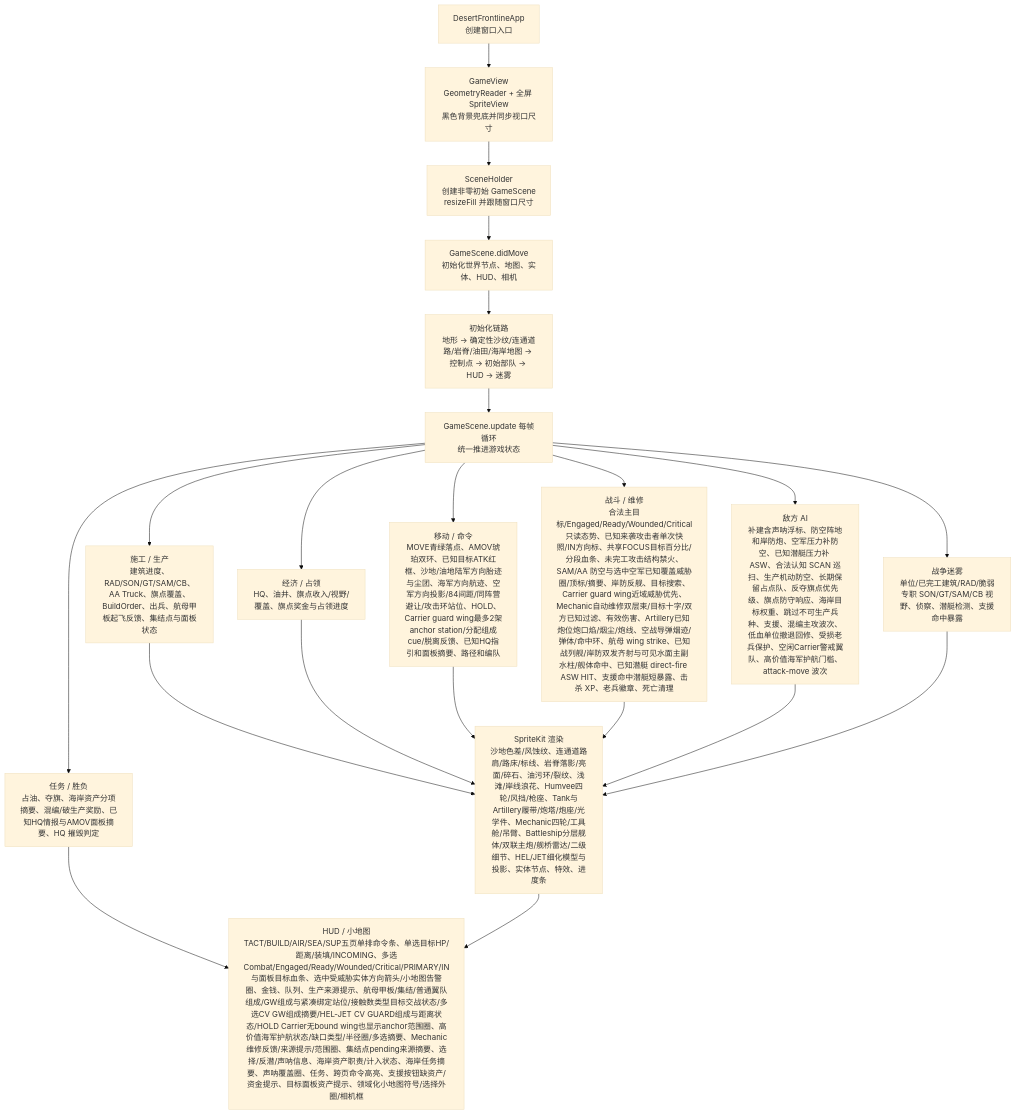
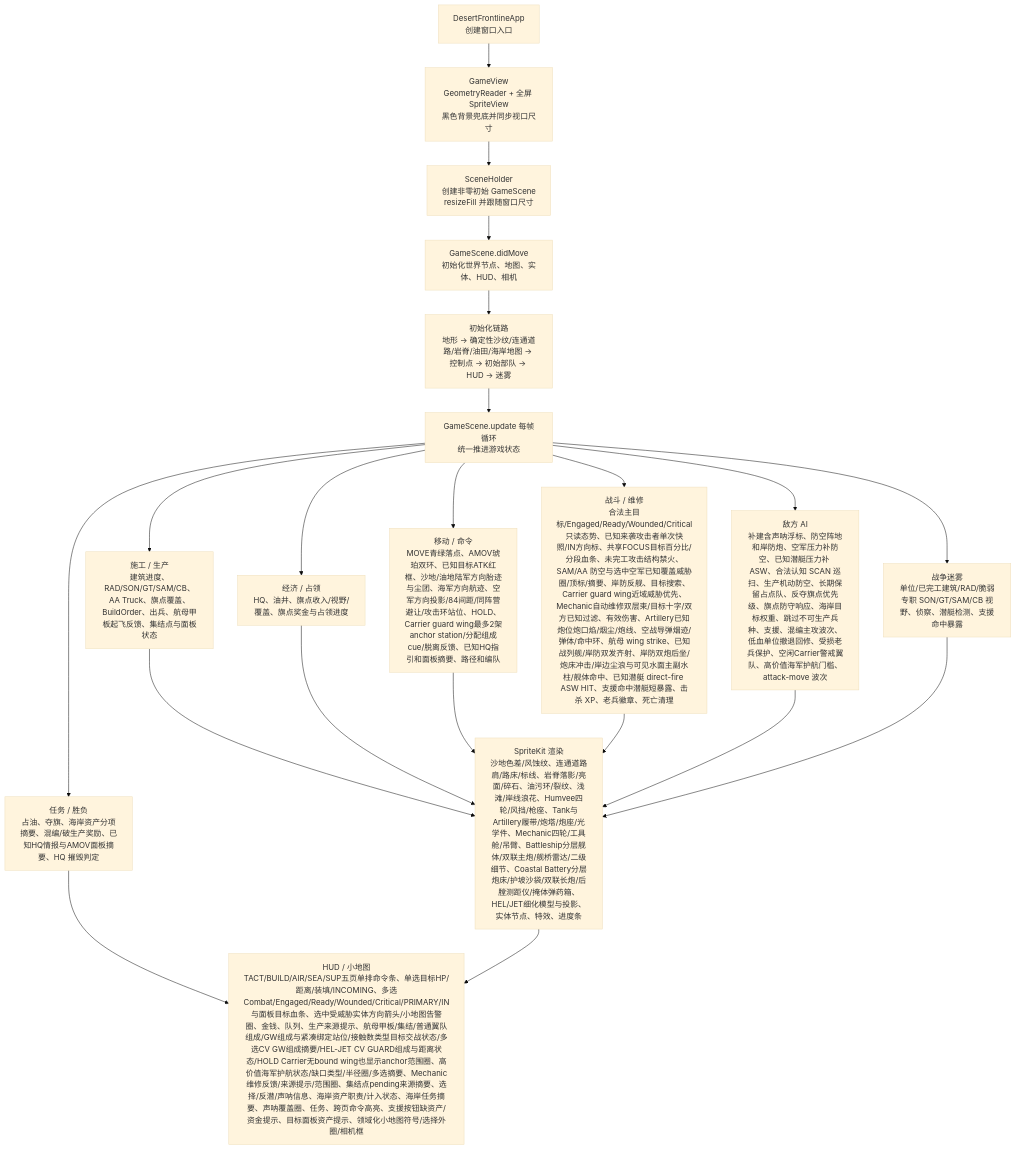
Before and after one commit to Altman-sam114/1145: the first of 3 diagrams in md/flow/flowchart.md, drawn with Mermaid (base theme). The commit also changed other lines of this file and 6 other files, not shown here.

````diff
--- a/md/flow/flowchart.md
+++ b/md/flow/flowchart.md
@@ -9,23 +9,23 @@
 ```mermaid
 flowchart TD
   App["DesertFrontlineApp\n创建窗口入口"] --> View["GameView\nGeometryReader + 全屏 SpriteView\n黑色背景兜底并同步视口尺寸"]
   View --> Holder["SceneHolder\n创建非零初始 GameScene\nresizeFill 并跟随窗口尺寸"]
   Holder --> Scene["GameScene.didMove\n初始化世界节点、地图、实体、HUD、相机"]
   Scene --> Init["初始化链路\n地形 -> 确定性沙纹/连通道路/岩脊/油田/海岸地图 -> 控制点 -> 初始部队 -> HUD -> 迷雾"]
   Init --> Loop["GameScene.update 每帧循环\n统一推进游戏状态"]
   Loop --> Build["施工 / 生产\n建筑进度、RAD/SON/GT/SAM/CB、AA Truck、旗点覆盖、BuildOrder、出兵、航母甲板起飞反馈、集结点与面板状态"]
   Loop --> Economy["经济 / 占领\nHQ、油井、旗点收入/视野/覆盖、旗点奖金与占领进度"]
   Loop --> Commands["移动 / 命令\nMOVE青绿落点、AMOV琥珀双环、已知目标ATK红框、沙地/油地陆军方向胎迹与尘团、海军方向航迹、空军方向投影/84间距/同阵营避让/攻击环站位、HOLD、Carrier guard wing最多2架anchor station/分配组成cue/脱离反馈、已知HQ指引和面板摘要、路径和编队"]
-  Loop --> Combat["战斗 / 维修\n合法主目标/Engaged/Ready/Wounded/Critical只读态势、已知来袭攻击者单次快照/IN方向标、共享FOCUS目标百分比/分段血条、未完工攻击结构禁火、SAM/AA 防空与选中空军已知覆盖威胁圈/顶标/摘要、岸防反舰、目标搜索、Carrier guard wing近域威胁优先、Mechanic自动维修双层束/目标十字/双方已知过滤、有效伤害、Artillery已知炮位炮口焰/烟尘/炮线、空战导弹烟迹/弹体/命中环、航母 wing strike、已知战列舰/岸防双发齐射与可见水面主副水柱/舰体命中、已知潜艇 direct-fire ASW HIT、支援命中潜艇短暴露、击杀 XP、老兵徽章、死亡清理"]
+  Loop --> Combat["战斗 / 维修\n合法主目标/Engaged/Ready/Wounded/Critical只读态势、已知来袭攻击者单次快照/IN方向标、共享FOCUS目标百分比/分段血条、未完工攻击结构禁火、SAM/AA 防空与选中空军已知覆盖威胁圈/顶标/摘要、岸防反舰、目标搜索、Carrier guard wing近域威胁优先、Mechanic自动维修双层束/目标十字/双方已知过滤、有效伤害、Artillery已知炮位炮口焰/烟尘/炮线、空战导弹烟迹/弹体/命中环、航母 wing strike、已知战列舰/岸防双发齐射、岸防双炮后坐/炮床冲击/岸边尘浪与可见水面主副水柱/舰体命中、已知潜艇 direct-fire ASW HIT、支援命中潜艇短暴露、击杀 XP、老兵徽章、死亡清理"]
   Loop --> AI["敌方 AI\n补建含声呐浮标、防空阵地和岸防炮、空军压力补防空、已知潜艇压力补 ASW、合法认知 SCAN 巡扫、生产机动防空、长期保留占点队、反夺旗点优先级、旗点防守响应、海岸目标权重、跳过不可生产兵种、支援、混编主攻波次、低血单位撤退回修、受损老兵保护、空闲Carrier警戒翼队、高价值海军护航门槛、attack-move 波次"]
   Loop --> Fog["战争迷雾\n单位/已完工建筑/RAD/脆弱专职 SON/GT/SAM/CB 视野、侦察、潜艇检测、支援命中暴露"]
   Loop --> Mission["任务 / 胜负\n占油、夺旗、海岸资产分项摘要、混编/破生产奖励、已知HQ情报与AMOV面板摘要、HQ 摧毁判定"]
-  Build --> Render["SpriteKit 渲染\n沙地色差/风蚀纹、连通道路肩/路床/标线、岩脊落影/亮面/碎石、油污环/裂纹、浅滩/岸线浪花、Humvee四轮/风挡/枪座、Tank与Artillery履带/炮塔/炮座/光学件、Mechanic四轮/工具舱/吊臂、Battleship分层舰体/双联主炮/舰桥雷达/二级细节、HEL/JET细化模型与投影、实体节点、特效、进度条"]
+  Build --> Render["SpriteKit 渲染\n沙地色差/风蚀纹、连通道路肩/路床/标线、岩脊落影/亮面/碎石、油污环/裂纹、浅滩/岸线浪花、Humvee四轮/风挡/枪座、Tank与Artillery履带/炮塔/炮座/光学件、Mechanic四轮/工具舱/吊臂、Battleship分层舰体/双联主炮/舰桥雷达/二级细节、Coastal Battery分层炮床/护坡沙袋/双联长炮/后膛测距仪/掩体弹药箱、HEL/JET细化模型与投影、实体节点、特效、进度条"]
   Economy --> Render
   Commands --> Render
   Combat --> Render
   AI --> Render
   Fog --> Render
   Mission --> HUD["HUD / 小地图\nTACT/BUILD/AIR/SEA/SUP五页单排命令条、单选目标HP/距离/装填/INCOMING、多选Combat/Engaged/Ready/Wounded/Critical/PRIMARY/IN与面板目标血条、选中受威胁实体方向箭头/小地图告警圈、金钱、队列、生产来源提示、航母甲板/集结/普通翼队组成/GW组成与紧凑绑定站位/接触数类型目标交战状态/多选CV GW组成摘要/HEL-JET CV GUARD组成与距离状态/HOLD Carrier无bound wing也显示anchor范围圈、高价值海军护航状态/缺口类型/半径圈/多选摘要、Mechanic维修反馈/来源提示/范围圈、集结点pending来源摘要、选择/反潜/声呐信息、海岸资产职责/计入状态、海岸任务摘要、声呐覆盖圈、任务、跨页命令高亮、支援按钮缺资产/资金提示、目标面板资产提示、领域化小地图符号/选择外圈/相机框"]
   Render --> HUD
 ```
````
